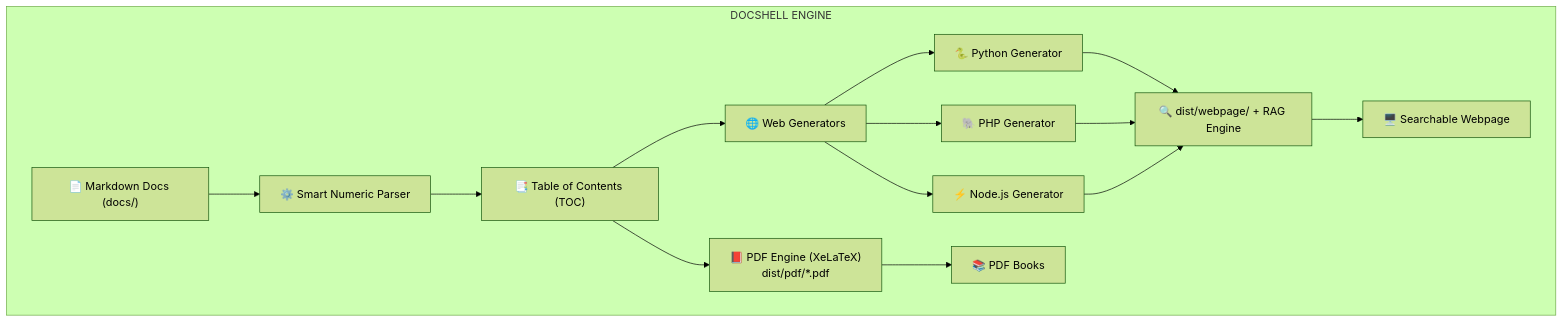
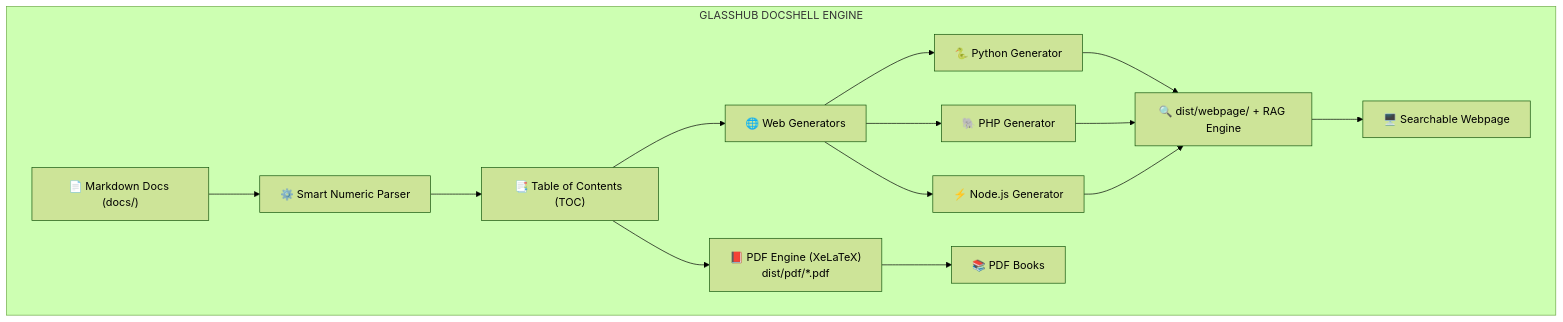
Before and after one commit to matheustheus27/DocShell: the diagram in docs/01-visao-geral.md, drawn with Mermaid (forest theme). The commit also changed other lines of this file and 26 other files, not shown here.

````diff
--- a/docs/01-visao-geral.md
+++ b/docs/01-visao-geral.md
@@ -10,21 +12,21 @@
 ```mermaid
 flowchart TD
-    subgraph DocshellEngine [DOCSHELL ENGINE]
+    subgraph DocshellEngine [GLASSHUB DOCSHELL ENGINE]
         A["📄 Markdown Docs (docs/)"] --> B["⚙️ Smart Numeric Parser"]
         B --> C["📑 Table of Contents (TOC)"]
         
         C --> D["📕 PDF Engine (XeLaTeX)<br/>dist/pdf/*.pdf"]
         C --> E["🌐 Web Generators"]
         
         E --> F["🐍 Python Generator"]
         E --> G["🐘 PHP Generator"]
         E --> H["⚡ Node.js Generator"]
         
         F --> I["🔍 dist/webpage/ + RAG Engine"]
         G --> I
         H --> I
         
         D --> J["📚 PDF Books"]
         I --> K["🖥️ Searchable Webpage"]
     end
 ```
````
